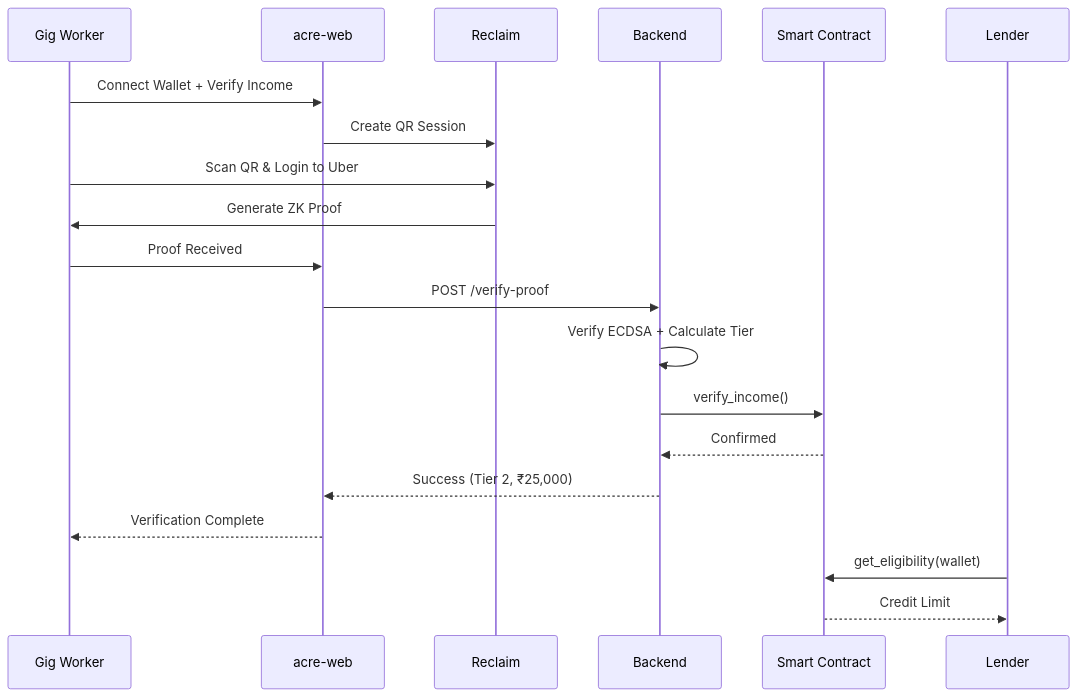
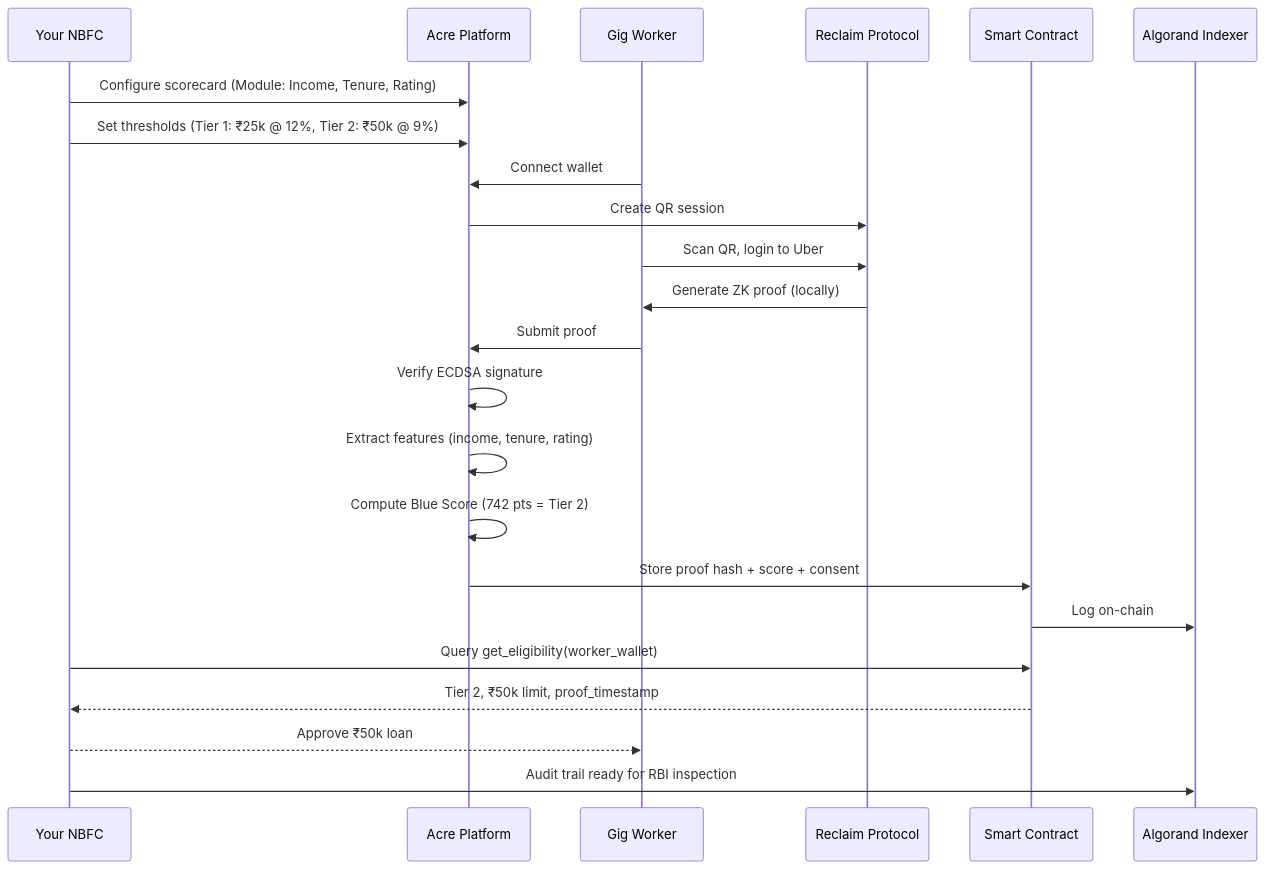
One commit to SomehowLiving/Acre changed the second of 3 diagrams in README.md. Above: the diagram before and after it, drawn with Mermaid. The commit also changed other lines of this file and 10 other files, not shown here.

Commit message:
feat(api): implement deterministic blue-score formulas and wallet-anchored passport/growth endpoints

````diff
--- a/README.md
+++ b/README.md
@@ -165,23 +155,28 @@
 ```mermaid
 sequenceDiagram
+    participant L as Your NBFC
+    participant F as Acre Platform
     participant W as Gig Worker
-    participant F as acre-web
-    participant R as Reclaim
-    participant B as Backend
+    participant R as Reclaim Protocol
     participant SC as Smart Contract
-    participant L as Lender
+    participant I as Algorand Indexer
 
-    W->>F: Connect Wallet + Verify Income
-    F->>R: Create QR Session
-    W->>R: Scan QR & Login to Uber
-    R->>W: Generate ZK Proof
-    W->>F: Proof Received
-    F->>B: POST /verify-proof
-    B->>B: Verify ECDSA + Calculate Tier
-    B->>SC: verify_income()
-    SC-->>B: Confirmed
-    B-->>F: Success (Tier 2, ₹25,000)
-    F-->>W: Verification Complete
-    L->>SC: get_eligibility(wallet)
-    SC-->>L: Credit Limit
+    L->>F: Configure scorecard (Module: Income, Tenure, Rating)
+    L->>F: Set thresholds (Tier 1: ₹25k @ 12%, Tier 2: ₹50k @ 9%)
+    
+    W->>F: Connect wallet
+    F->>R: Create QR session
+    W->>R: Scan QR, login to Uber
+    R->>W: Generate ZK proof (locally)
+    W->>F: Submit proof
+    F->>F: Verify ECDSA signature
+    F->>F: Extract features (income, tenure, rating)
+    F->>F: Compute Blue Score (742 pts = Tier 2)
+    F->>SC: Store proof hash + score + consent
+    SC->>I: Log on-chain
+    
+    L->>SC: Query get_eligibility(worker_wallet)
+    SC-->>L: Tier 2, ₹50k limit, proof_timestamp
+    L-->>W: Approve ₹50k loan
+    L->>I: Audit trail ready for RBI inspection
 ```
````
